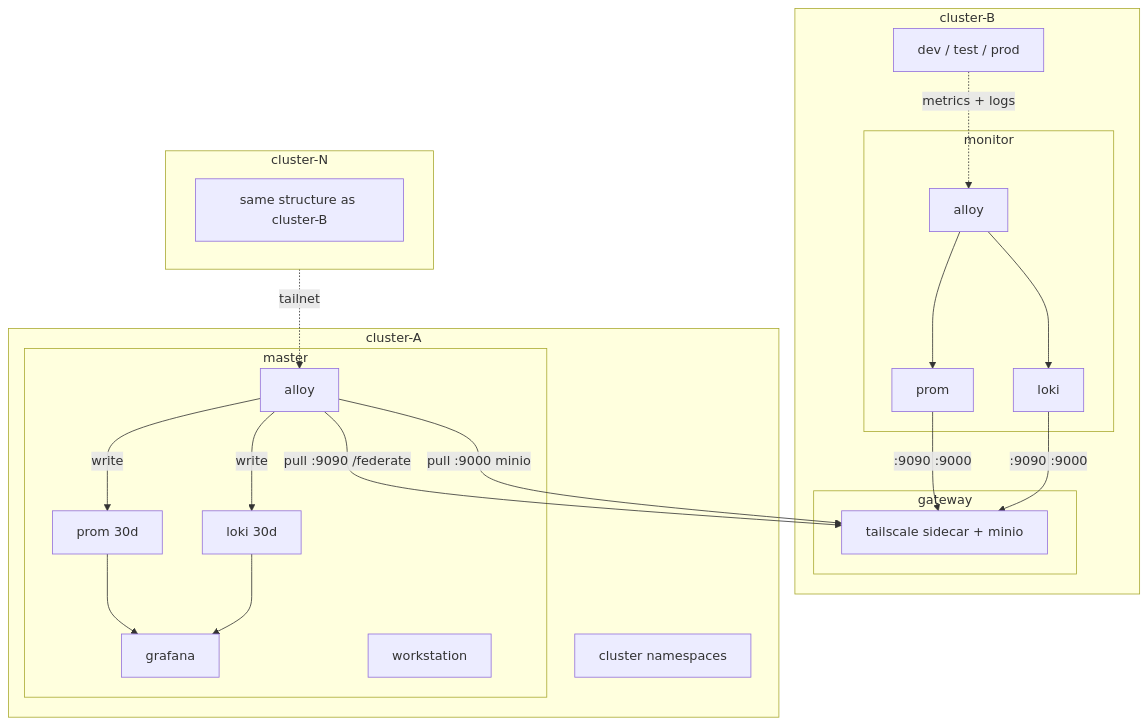
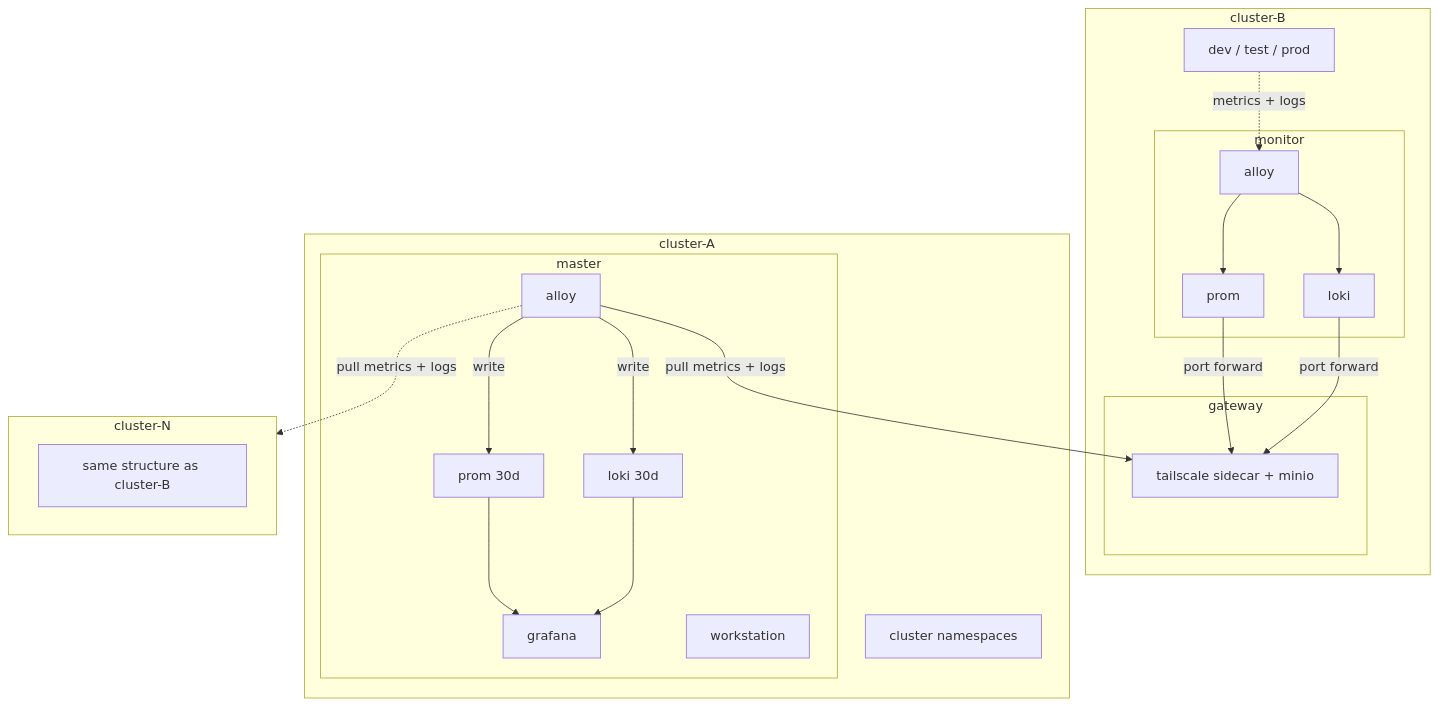
Before and after one commit to Kord96/kordinate: the first of 2 diagrams in docs/infra/infrastructure.md, drawn with Mermaid. The commit also changed other lines of this file, not shown here.

First line of the commit message:
Clean up diagram links — single pull arrows, port legend, cluster-N links

````diff
--- a/docs/infra/infrastructure.md
+++ b/docs/infra/infrastructure.md
@@ -22,31 +22,30 @@
 ```mermaid
 flowchart TB
     subgraph CB[cluster-B]
         subgraph gw-b[gateway]
             GWT-B[tailscale sidecar + minio]
         end
         subgraph mon-b[monitor]
             AL-B[alloy] --> PR-B[prom] & LK-B[loki]
         end
         ENV-B[dev / test / prod] -.->|metrics + logs| AL-B
-        PR-B & LK-B -->|:9090 :9000| GWT-B
+        PR-B & LK-B -->|port forward| GWT-B
     end
 
     subgraph CA[cluster-A]
         subgraph master[master]
             MA[alloy]
             MA -->|write| MP[prom 30d] & ML[loki 30d]
             MP & ML --> G[grafana]
             WS[workstation]
         end
         CA-OTHER[cluster namespaces]
     end
 
     subgraph CN[cluster-N]
         CN-INNER[same structure as cluster-B]
     end
 
-    MA -->|pull :9090 /federate| GWT-B
-    MA -->|pull :9000 minio| GWT-B
-    CN -.->|tailnet| MA
+    MA -->|pull metrics + logs| GWT-B
+    MA -.->|pull metrics + logs| CN
 ```
````
